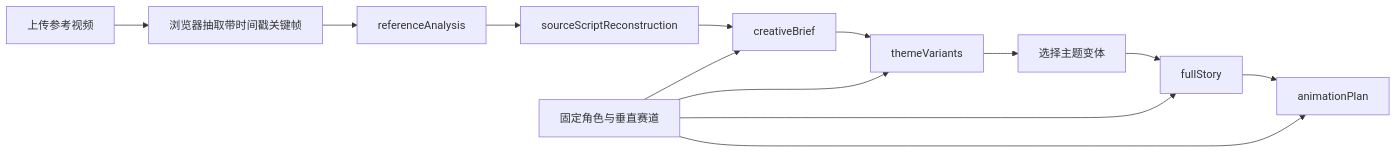
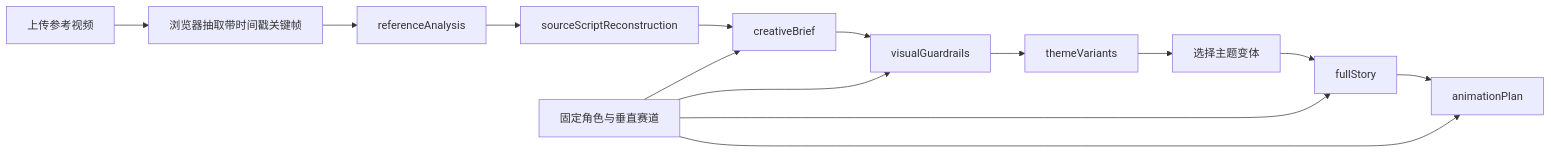
The diagram in docs/workflow-spec.md (marriannedagwwn-bot/mimo-short-video-director), drawn with Mermaid before and after one commit. The commit also changed other lines of this file and 22 other files, not shown here.

````diff
--- a/docs/workflow-spec.md
+++ b/docs/workflow-spec.md
@@ -14,15 +14,16 @@
 ```mermaid
 flowchart LR
     A[上传参考视频] --> B[浏览器抽取带时间戳关键帧]
     B --> C[referenceAnalysis]
     C --> D[sourceScriptReconstruction]
     D --> E[creativeBrief]
-    E --> F[themeVariants]
+    E --> V[visualGuardrails]
+    V --> F[themeVariants]
     F --> H[选择主题变体]
     H --> I[fullStory]
     I --> J[animationPlan]
     G[固定角色与垂直赛道] --> E
-    G --> F
+    G --> V
     G --> I
     G --> J
 ```
````
